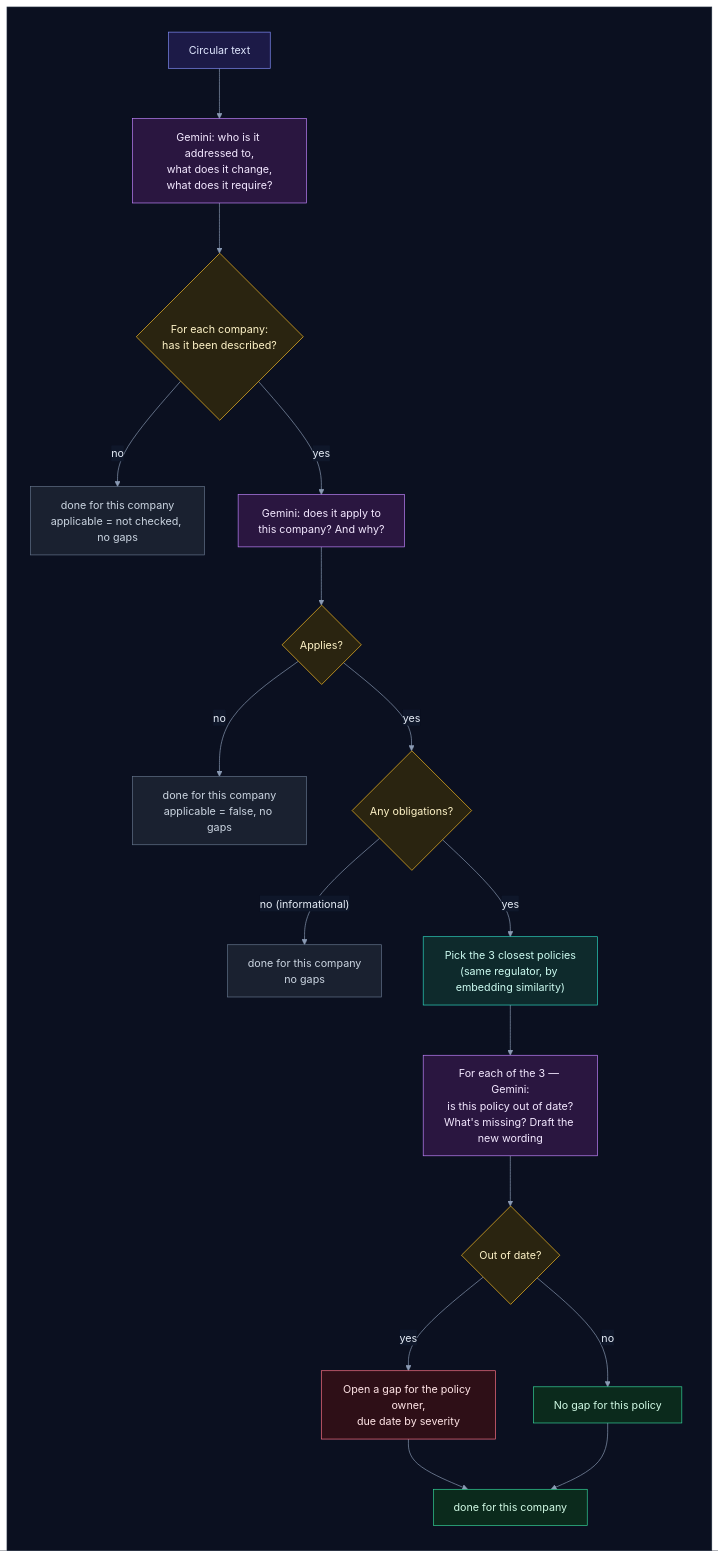
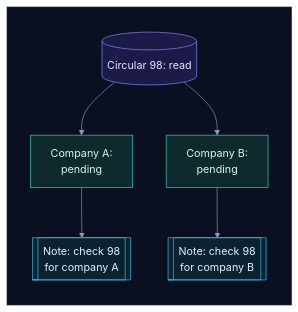
One commit to selvakumarperumal/Regulatory_Circular_Impact_Agent changed diagram 11 of 52 in how_it_works.md. Above: the diagram before and after it, drawn with Mermaid. The commit also changed other lines of this file and 3 other files, not shown here.

First line of the commit message:
Rewrite how_it_works.md in plain words, a diagram per step

````diff
--- a/how_it_works.md
+++ b/how_it_works.md
@@ -624,40 +578,25 @@
 ```mermaid
 %%{init: {"theme": "base", "flowchart": {"diagramPadding": 0}, "themeVariables": {"darkMode": true, "primaryColor": "#16213a", "primaryTextColor": "#e6edf7", "primaryBorderColor": "#475a7a", "lineColor": "#8b9bb4", "secondaryColor": "#1b2436", "tertiaryColor": "#101a2e", "edgeLabelBackground": "#0f172a", "textColor": "#e2e8f0", "clusterBkg": "#0f1728", "clusterBorder": "#2b3a55", "titleColor": "#c4b5fd", "nodeTextColor": "#e6edf7"}}}%%
 flowchart TD
     subgraph canvas[" "]
         direction TB
-        text["Circular text"] --> q1["Gemini: who is it addressed to,<br/>what does it change,<br/>what does it require?"]
-        q1 --> described{"For each company:<br/>has it been described?"}
-        described -->|no| doneUnknown["done for this company<br/>applicable = not checked, no gaps"]
-        described -->|yes| q2["Gemini: does it apply to<br/>this company? And why?"]
-        q2 --> applies{"Applies?"}
-        applies -->|no| doneNo["done for this company<br/>applicable = false, no gaps"]
-        applies -->|yes| anyReq{"Any obligations?"}
-        anyReq -->|"no (informational)"| doneInfo["done for this company<br/>no gaps"]
-        anyReq -->|yes| match["Pick the 3 closest policies<br/>(same regulator, by embedding similarity)"]
-        match --> q3["For each of the 3 — Gemini:<br/>is this policy out of date?<br/>What's missing? Draft the new wording"]
-        q3 --> impacted{"Out of date?"}
-        impacted -->|yes| gap["Open a gap for the policy owner,<br/>due date by severity"]
-        impacted -->|no| ok["No gap for this policy"]
-        gap --> done["done for this company"]
-        ok --> done
+        c[("Circular 98: read")] --> a["Company A:<br/>pending"]
+        c --> b["Company B:<br/>pending"]
+        a --> ta[["Note: check 98<br/>for company A"]]
+        b --> tb[["Note: check 98<br/>for company B"]]
     end
-
     classDef svc fill:#0e2a2c,stroke:#2dd4bf,color:#ccfbf1
     classDef data fill:#1c1a47,stroke:#818cf8,color:#e0e7ff
     classDef ext fill:#2a1640,stroke:#c084fc,color:#f3e8ff
     classDef gpu fill:#2d1b0c,stroke:#fb923c,color:#ffedd5
     classDef ask fill:#2a2410,stroke:#fbbf24,color:#fef3c7
     classDef ok fill:#0b2a1c,stroke:#34d399,color:#d1fae5
     classDef bad fill:#2e0f17,stroke:#fb7185,color:#ffe4e6
     classDef start fill:#1c2a0e,stroke:#a7ef6f,color:#ecfccb
     classDef muted fill:#1a2130,stroke:#64748b,color:#cbd5e1
-    class text data
-    class q1,q2,q3 ext
-    class described,applies,anyReq,impacted ask
-    class doneUnknown,doneNo,doneInfo muted
-    class match svc
-    class gap bad
-    class ok,done ok
+    classDef queue fill:#0c2231,stroke:#38bdf8,color:#e0f2fe
+    class c data
+    class a,b svc
+    class ta,tb queue
     style canvas fill:#0b1020,stroke:#1e293b,color:#0b1020
 ```
````
